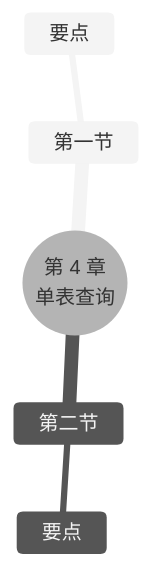
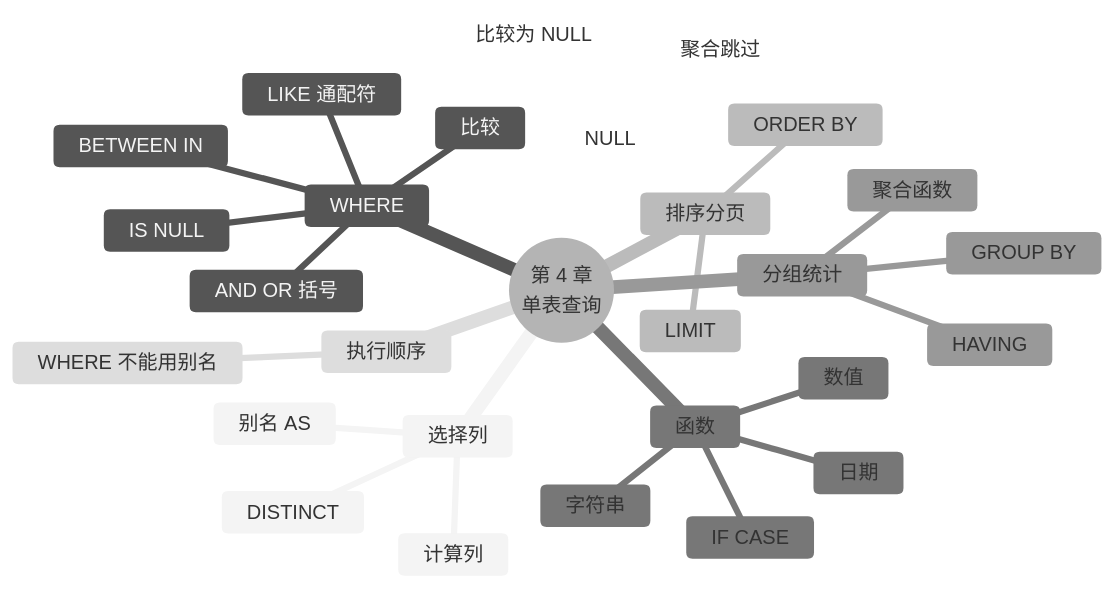
Before and after one commit to MingziFu9/database-textbook: the diagram in docs/chapters/04-single-table-query/index.md, drawn with Mermaid (neutral theme). The commit also changed other lines of this file and 5 other files, not shown here.

````diff
--- a/docs/chapters/04-single-table-query/index.md
+++ b/docs/chapters/04-single-table-query/index.md
@@ -185,8 +1274,31 @@
 ```mermaid
 mindmap
   root((第 4 章<br/>单表查询))
-    第一节
-      要点
-    第二节
-      要点
+    选择列
+      别名 AS
+      计算列
+      DISTINCT
+    WHERE
+      比较
+      BETWEEN IN
+      LIKE 通配符
+      IS NULL
+      AND OR 括号
+    排序分页
+      ORDER BY
+      LIMIT
+    函数
+      字符串
+      数值
+      日期
+      IF CASE
+    分组统计
+      聚合函数
+      GROUP BY
+      HAVING
+    执行顺序
+      WHERE 不能用别名
+    NULL
+      比较为 NULL
+      聚合跳过
 ```
````
